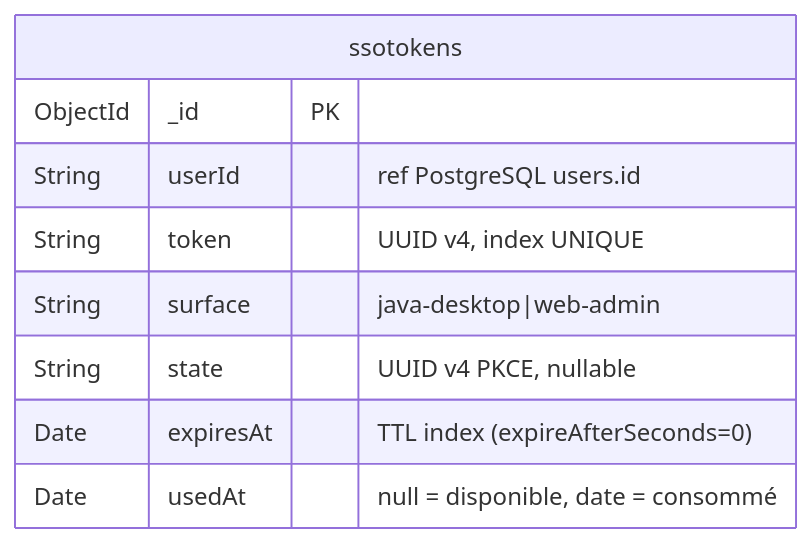
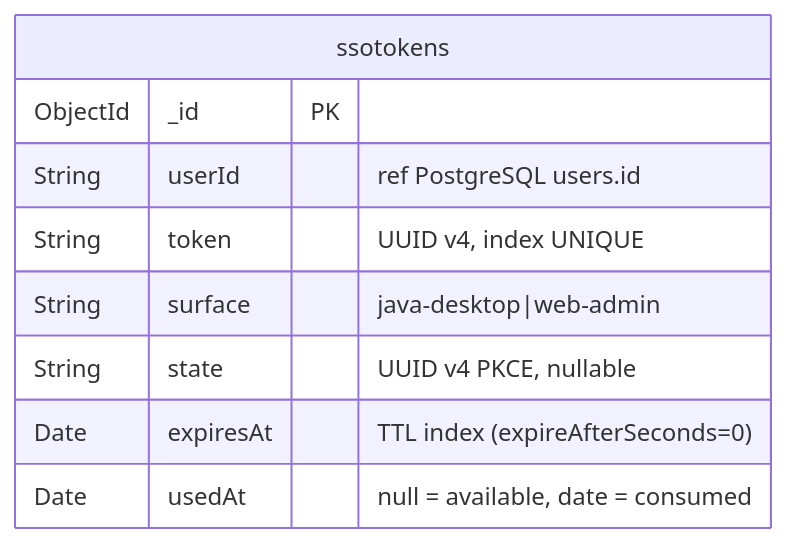
The ninth of 23 diagrams in docs/RAPPORT-ETAPE2.md (creibaud/QuartierConnect), drawn with Mermaid before and after one commit. The commit also changed other lines of this file and 155 other files, not shown here.

````diff
--- a/docs/RAPPORT-ETAPE2.md
+++ b/docs/RAPPORT-ETAPE2.md
@@ -412,12 +412,12 @@
 ```mermaid
 erDiagram
     ssotokens {
         ObjectId  _id       PK
         String    userId    "ref PostgreSQL users.id"
         String    token     "UUID v4, index UNIQUE"
         String    surface   "java-desktop|web-admin"
         String    state     "UUID v4 PKCE, nullable"
         Date      expiresAt "TTL index (expireAfterSeconds=0)"
-        Date      usedAt    "null = disponible, date = consommé"
+        Date      usedAt    "null = available, date = consumed"
     }
 ```
````
